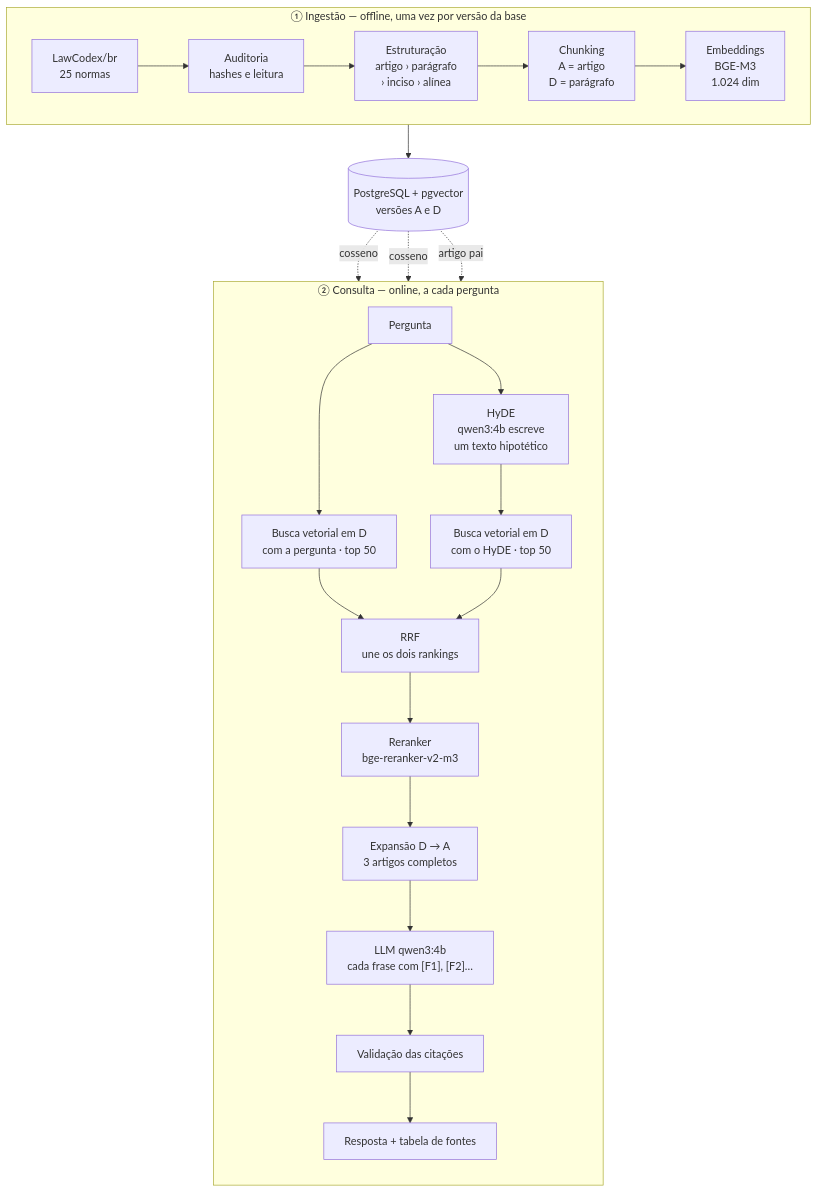
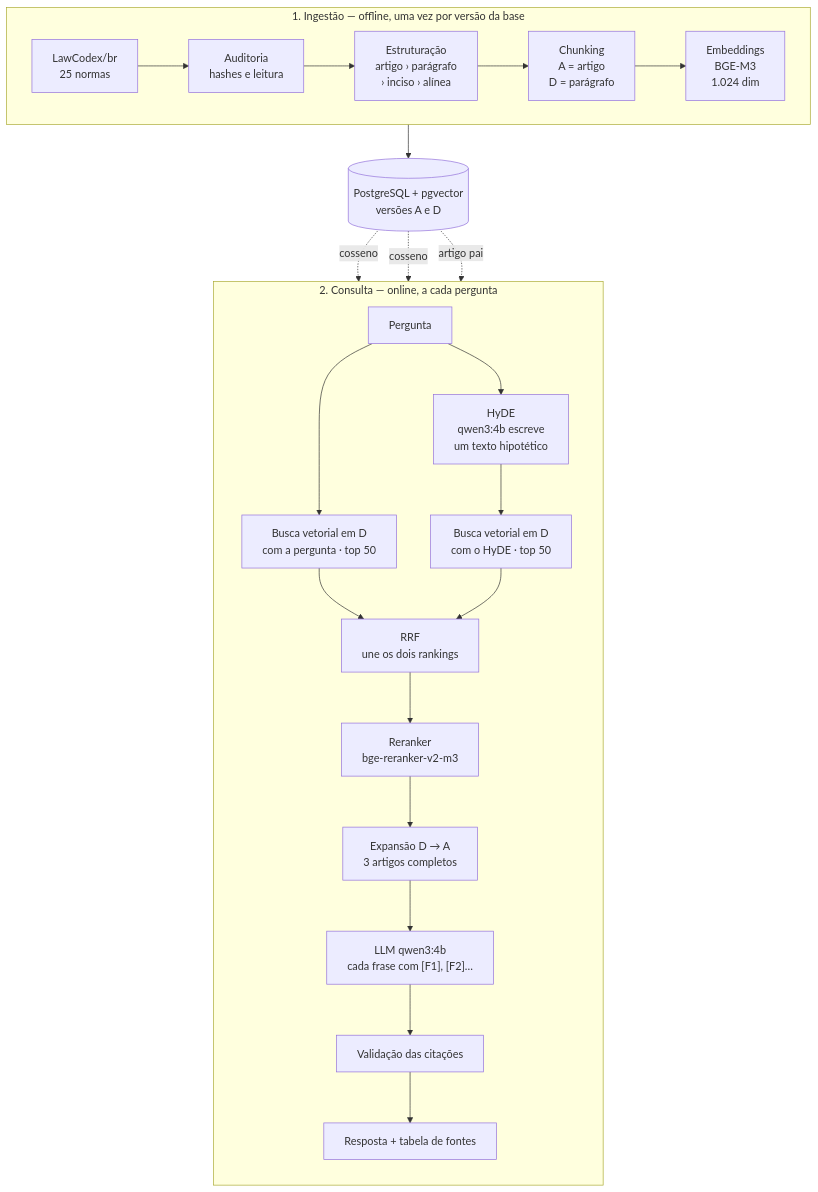
One commit to femathrl0/lex_clt.ai changed the first of 6 diagrams in docs/semana2_base_conhecimento_e_rag.md. Above: the diagram before and after it, drawn with Mermaid. The commit also changed other lines of this file and 1 other file, not shown here.

````diff
--- a/docs/semana2_base_conhecimento_e_rag.md
+++ b/docs/semana2_base_conhecimento_e_rag.md
@@ -71,30 +71,30 @@
 ```mermaid
 flowchart TB
-    subgraph ING["① Ingestão — offline, uma vez por versão da base"]
+    subgraph ING["1. Ingestão — offline, uma vez por versão da base"]
         direction LR
         F["LawCodex/br<br/>25 normas"] --> AU["Auditoria<br/>hashes e leitura"]
         AU --> ES["Estruturação<br/>artigo › parágrafo<br/>› inciso › alínea"]
         ES --> CH["Chunking<br/>A = artigo<br/>D = parágrafo"]
         CH --> EM["Embeddings<br/>BGE-M3<br/>1.024 dim"]
     end
 
     EM --> DB[("PostgreSQL + pgvector<br/>versões A e D")]
 
-    subgraph CON["② Consulta — online, a cada pergunta"]
+    subgraph CON["2. Consulta — online, a cada pergunta"]
         direction TB
         Q["Pergunta"] --> HY["HyDE<br/>qwen3:4b escreve<br/>um texto hipotético"]
         Q --> B1["Busca vetorial em D<br/>com a pergunta · top 50"]
         HY --> B2["Busca vetorial em D<br/>com o HyDE · top 50"]
         B1 --> RRF["RRF<br/>une os dois rankings"]
         B2 --> RRF
         RRF --> RR["Reranker<br/>bge-reranker-v2-m3"]
         RR --> PA["Expansão D → A<br/>3 artigos completos"]
         PA --> LLM["LLM qwen3:4b<br/>cada frase com [F1], [F2]…"]
         LLM --> VAL["Validação das citações"]
         VAL --> OUT["Resposta + tabela de fontes"]
     end
 
     DB -. "cosseno" .-> B1
     DB -. "cosseno" .-> B2
     DB -. "artigo pai" .-> PA
 ```
````
